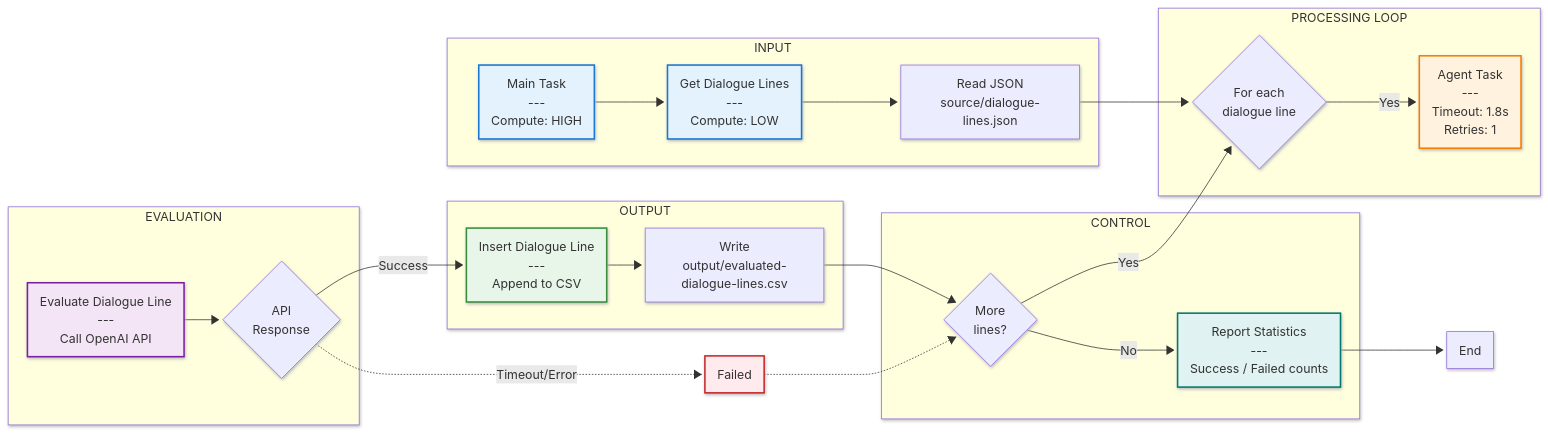
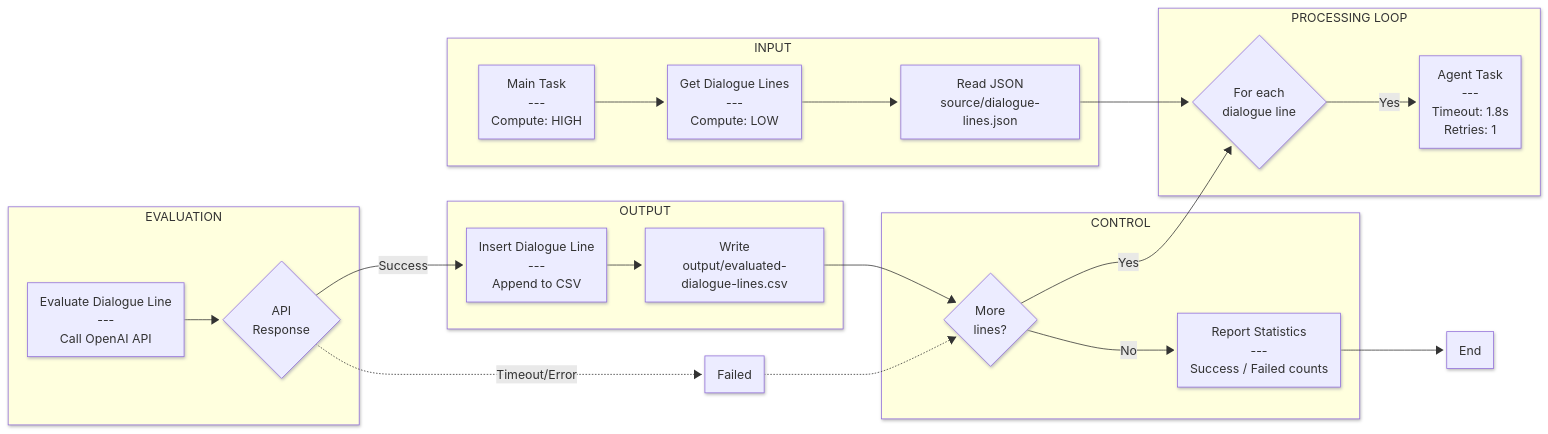
The diagram in examples/javascript/dialogue-evaluator/README.md (mavdol/capsule), drawn with Mermaid before and after one commit. The commit also changed other lines of this file, not shown here.

Commit message:
Clean up style definitions in README.md
Removed unnecessary style definitions from the README.

````diff
--- a/examples/javascript/dialogue-evaluator/README.md
+++ b/examples/javascript/dialogue-evaluator/README.md
@@ -45,53 +45,47 @@
 ```mermaid
 ---
 config:
   theme: mc
   themeVariables:
     fontSize: 16px
   look: neo
   layout: dagre
 ---
 flowchart LR
  subgraph input["INPUT"]
         A["Main Task<br>---<br>Compute: HIGH"]
         B["Get Dialogue Lines<br>---<br>Compute: LOW"]
         C["Read JSON<br>source/dialogue-lines.json"]
   end
  subgraph loop["PROCESSING LOOP"]
         D{"For each<br>dialogue line"}
         E["Agent Task<br>---<br>Timeout: 1.8s<br>Retries: 1"]
   end
  subgraph evaluation["EVALUATION"]
         G["Evaluate Dialogue Line<br>---<br>Call OpenAI API"]
         H{"API<br>Response"}
   end
  subgraph output["OUTPUT"]
         I["Insert Dialogue Line<br>---<br>Append to CSV"]
         J["Write<br>output/evaluated-dialogue-lines.csv"]
   end
  subgraph control["CONTROL"]
         K{"More<br>lines?"}
         L["Report Statistics<br>---<br>Success / Failed counts"]
   end
     A --> B
     B --> C
     C --> D
     D -- Yes --> E
     G --> H
     H -- Success --> I
     I --> J
     J --> K
     H -. Timeout/Error .-> M["Failed"]
     M -.-> K
     K -- Yes --> D
     K -- No --> L
     L --> N["End"]
 
-    style A fill:#e3f2fd,stroke:#1976d2,stroke-width:2px
-    style B fill:#e3f2fd,stroke:#1976d2,stroke-width:2px
-    style E fill:#fff3e0,stroke:#f57c00,stroke-width:2px
-    style G fill:#f3e5f5,stroke:#7b1fa2,stroke-width:2px
-    style I fill:#e8f5e9,stroke:#388e3c,stroke-width:2px
-    style L fill:#e0f2f1,stroke:#00796b,stroke-width:2px
-    style M fill:#ffebee,stroke:#c62828,stroke-width:2px
+
 ```
````
